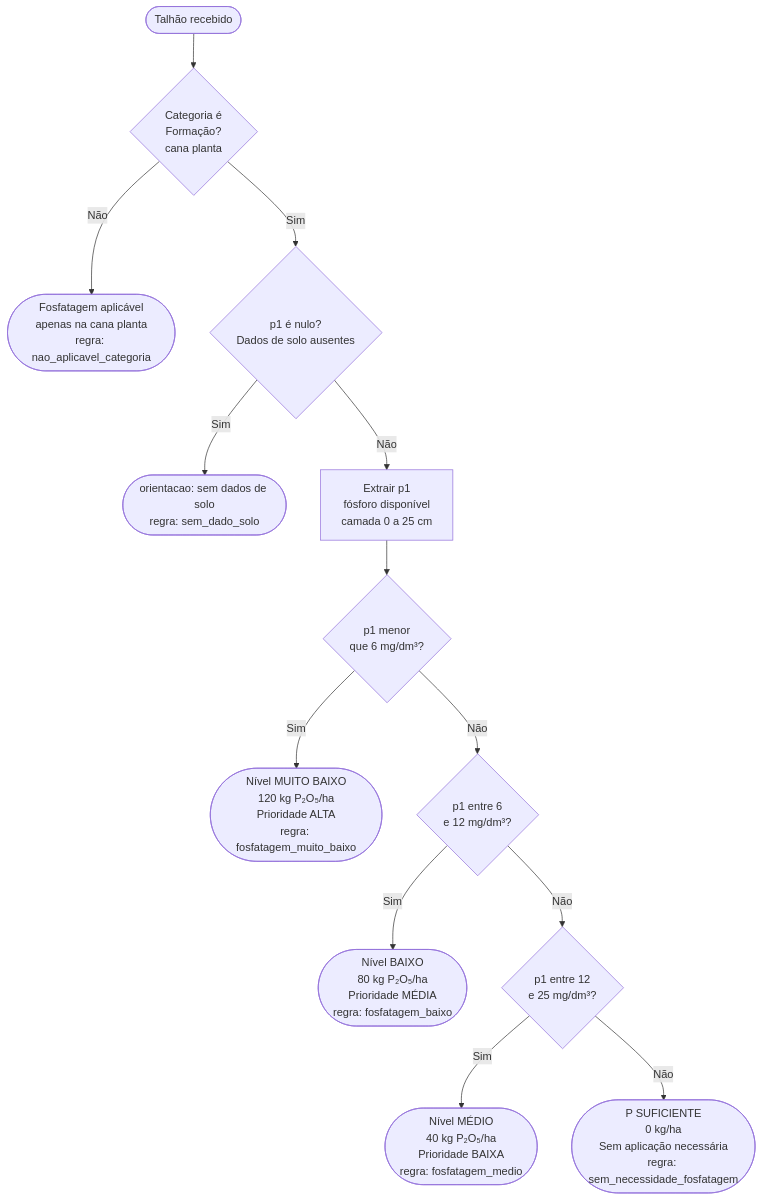
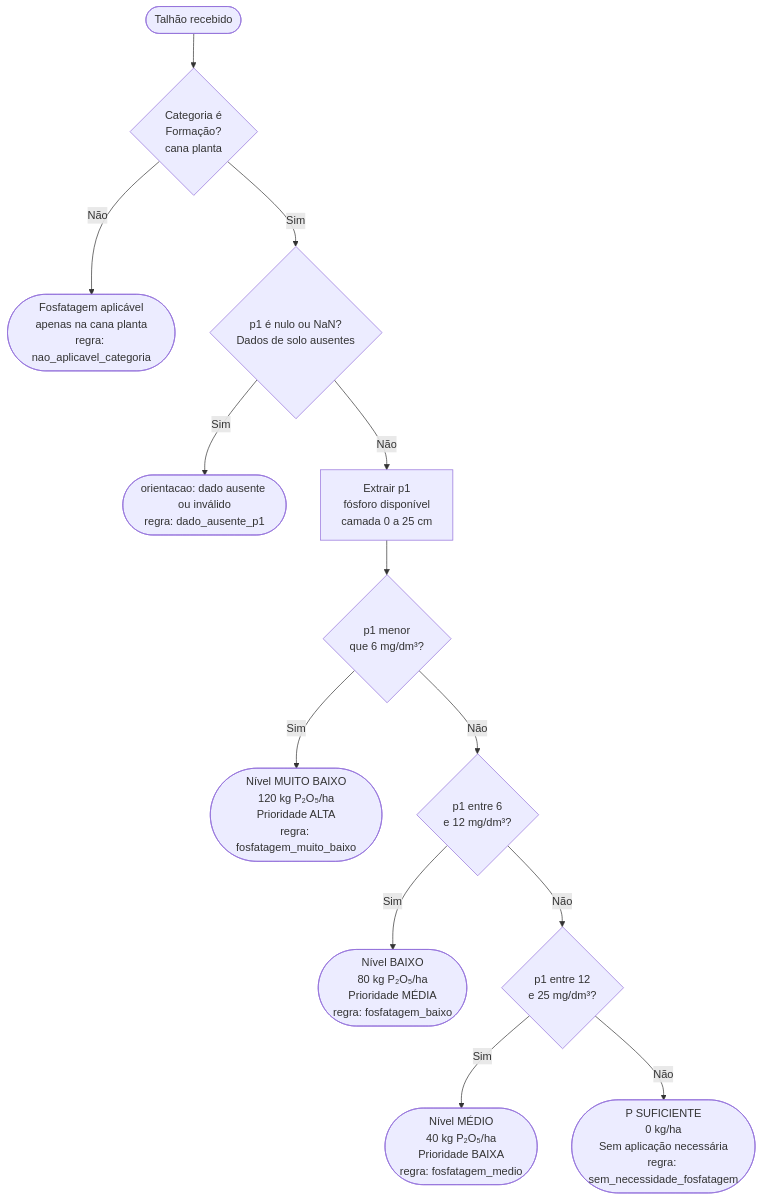
One commit to AgroTech-Inteli-ATI/2026_01_Atvos_G2 changed the fourth of 6 diagrams in docs/docs/Sprint 2/motor-de-regras-gold.md. Above: the diagram before and after it, drawn with Mermaid. The commit also changed other lines of this file, not shown here.

````diff
--- a/docs/docs/Sprint 2/motor-de-regras-gold.md
+++ b/docs/docs/Sprint 2/motor-de-regras-gold.md
@@ -114,27 +143,27 @@
 ```mermaid
 flowchart TD
 
     A([Talhão recebido]) --> B{Categoria é\nFormação?\ncana planta}
 
     B -- Não --> Z1([Fosfatagem aplicável\napenas na cana planta\nregra: nao_aplicavel_categoria])
 
-    B -- Sim --> C{p1 é nulo?\nDados de solo ausentes}
+    B -- Sim --> C{p1 é nulo ou NaN?\nDados de solo ausentes}
 
-    C -- Sim --> Z2([orientacao: sem dados de solo\nregra: sem_dado_solo])
+    C -- Sim --> Z2([orientacao: dado ausente ou inválido\nregra: dado_ausente_p1])
 
     C -- Não --> D[Extrair p1\nfósforo disponível\ncamada 0 a 25 cm]
 
     D --> E{p1 menor\nque 6 mg/dm³?}
 
     E -- Sim --> F([Nível MUITO BAIXO\n120 kg P₂O₅/ha\nPrioridade ALTA\nregra: fosfatagem_muito_baixo])
 
     E -- Não --> G{p1 entre 6\ne 12 mg/dm³?}
 
     G -- Sim --> H([Nível BAIXO\n80 kg P₂O₅/ha\nPrioridade MÉDIA\nregra: fosfatagem_baixo])
 
     G -- Não --> I{p1 entre 12\ne 25 mg/dm³?}
 
     I -- Sim --> J([Nível MÉDIO\n40 kg P₂O₅/ha\nPrioridade BAIXA\nregra: fosfatagem_medio])
 
     I -- Não --> K([P SUFICIENTE\n0 kg/ha\nSem aplicação necessária\nregra: sem_necessidade_fosfatagem])
 ```
````
